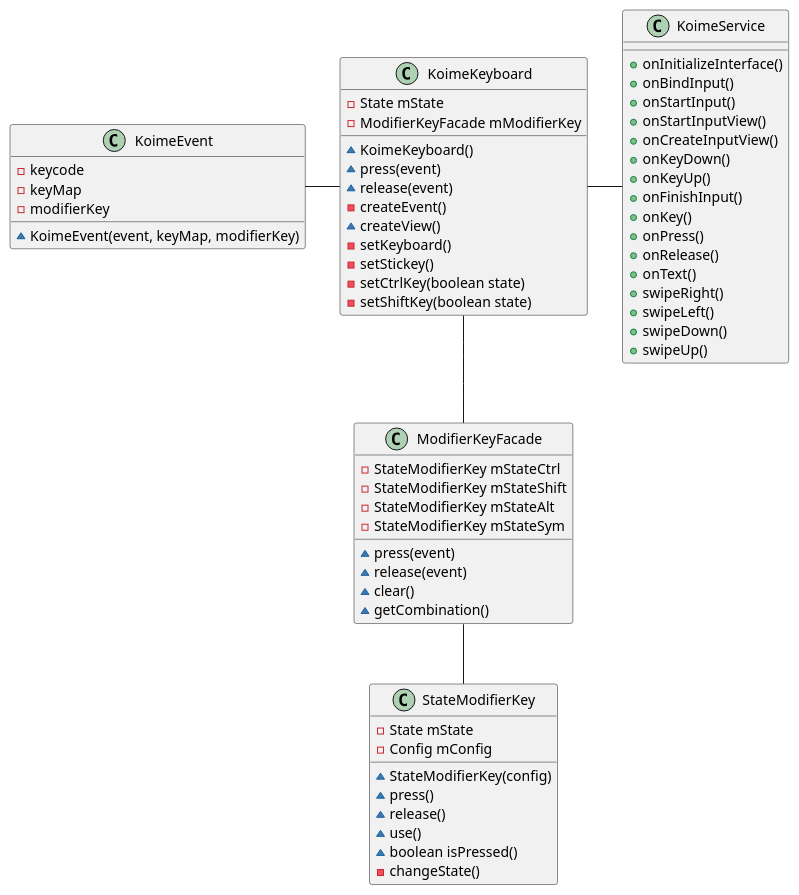
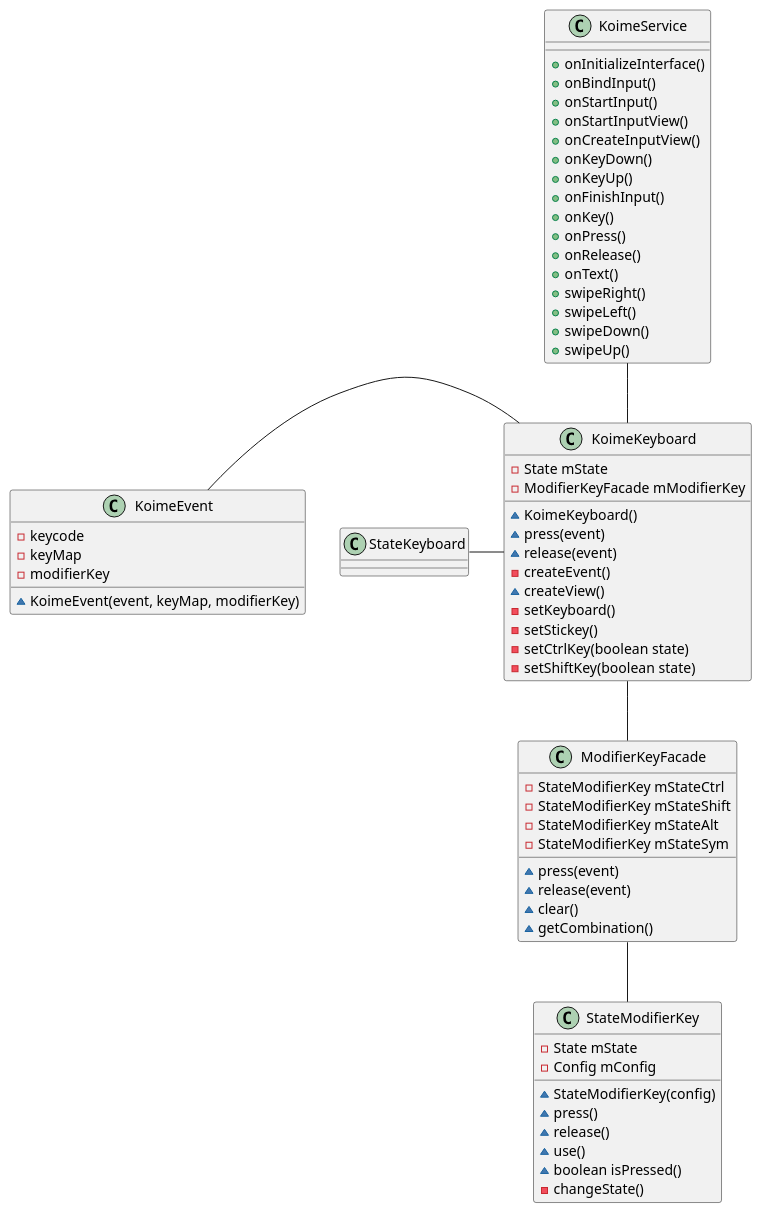
Before and after one commit to shntn/KEYoneIME: the first of 2 diagrams in doc/test.adoc, drawn with PlantUML. The commit also changed other lines of this file, not shown here.

```diff
--- a/doc/test.adoc
+++ b/doc/test.adoc
@@ -174,73 +466,74 @@
 [plantuml,file="class.png"]
 ----
 @startuml
 
 class KoimeService {
     + onInitializeInterface()
     + onBindInput()
     + onStartInput()
     + onStartInputView()
     + onCreateInputView()
     + onKeyDown()
     + onKeyUp()
     + onFinishInput()
     + onKey()
     + onPress()
     + onRelease()
     + onText()
     + swipeRight()
     + swipeLeft()
     + swipeDown()
     + swipeUp()
 }
 
 class KoimeEvent {
     - keycode
     - keyMap
     - modifierKey
     ~ KoimeEvent(event, keyMap, modifierKey)
 }
 
 class ModifierKeyFacade {
     - StateModifierKey mStateCtrl
     - StateModifierKey mStateShift
     - StateModifierKey mStateAlt
     - StateModifierKey mStateSym
     ~ press(event)
     ~ release(event)
     ~ clear()
     ~ getCombination()
 }
 
 class StateModifierKey {
     - State mState
     - Config mConfig
     ~ StateModifierKey(config)
     ~ press()
     ~ release()
     ~ use()
     ~ boolean isPressed()
     - changeState()
 }
 
 class KoimeKeyboard {
     - State mState
     - ModifierKeyFacade mModifierKey
     ~ KoimeKeyboard()
     ~ press(event)
     ~ release(event)
     - createEvent()
     ~ createView()
     - setKeyboard()
     - setStickey()
     - setCtrlKey(boolean state)
     - setShiftKey(boolean state)
 }
 
-KoimeKeyboard - KoimeService
+KoimeService -- KoimeKeyboard
 KoimeKeyboard -- ModifierKeyFacade
 ModifierKeyFacade -- StateModifierKey
 KoimeEvent - KoimeKeyboard
+StateKeyboard - KoimeKeyboard
 
 @enduml
 ----
```
